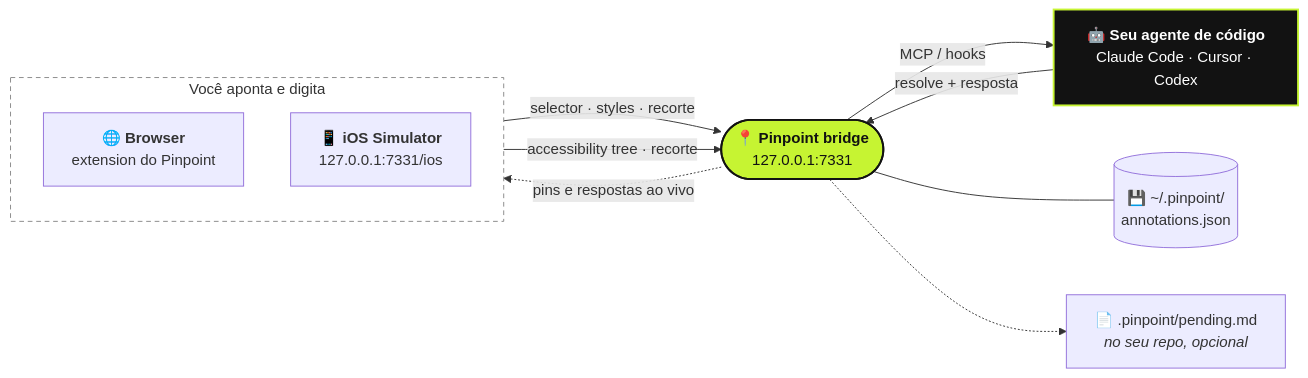
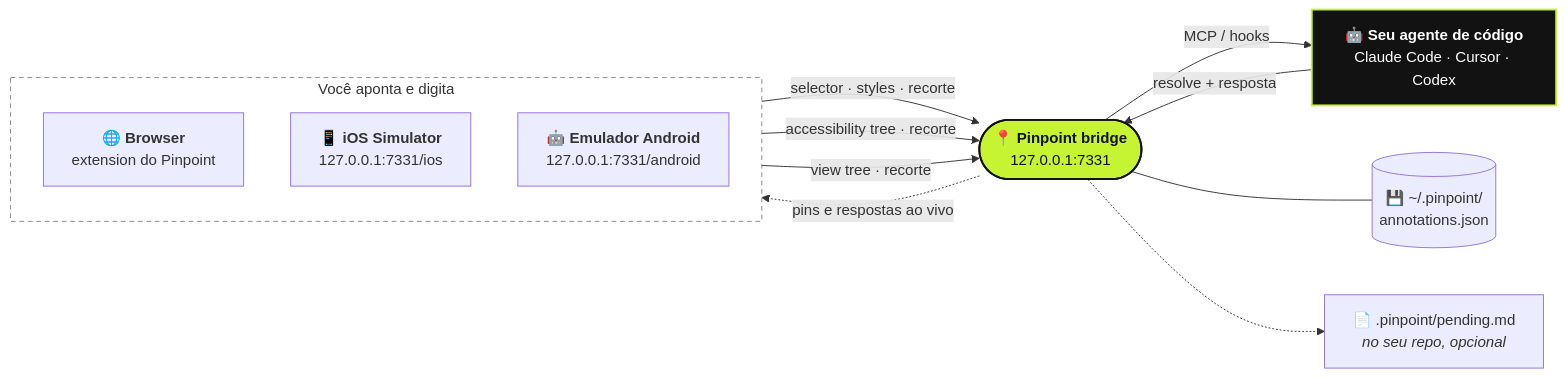
The diagram in docs/i18n/README.pt-BR.md (gowtham012/PinPoint), drawn with Mermaid before and after one commit. The commit also changed other lines of this file and 16 other files, not shown here.

````diff
--- a/docs/i18n/README.pt-BR.md
+++ b/docs/i18n/README.pt-BR.md
@@ -50,26 +51,28 @@
 ```mermaid
 flowchart LR
   subgraph you [" Você aponta e digita "]
     direction TB
     B["🌐 <b>Browser</b><br/>extension do Pinpoint"]
     S["📱 <b>iOS Simulator</b><br/>127.0.0.1:7331/ios"]
+    AN["🤖 <b>Emulador Android</b><br/>127.0.0.1:7331/android"]
   end
   BR(["📍 <b>Pinpoint bridge</b><br/>127.0.0.1:7331"])
   ST[("💾 ~/.pinpoint/<br/>annotations.json")]
   F["📄 .pinpoint/pending.md<br/><i>no seu repo, opcional</i>"]
   A["🤖 <b>Seu agente de código</b><br/>Claude Code · Cursor · Codex"]
 
   B -- "selector · styles · recorte" --> BR
   S -- "accessibility tree · recorte" --> BR
+  AN -- "view tree · recorte" --> BR
   BR -- "MCP / hooks" --> A
   A -- "resolve + resposta" --> BR
   BR -. "pins e respostas ao vivo" .-> B
   BR --- ST
   BR -.-> F
 
   classDef bridge fill:#c6f432,stroke:#121212,stroke-width:2px,color:#121212
   classDef agent fill:#121212,stroke:#c6f432,stroke-width:2px,color:#ffffff
   class BR bridge
   class A agent
   style you fill:transparent,stroke:#888,stroke-dasharray:5 4
 ```
````
